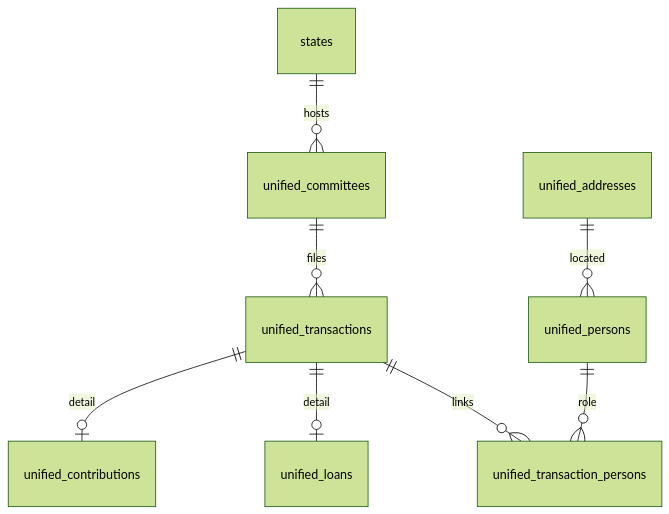
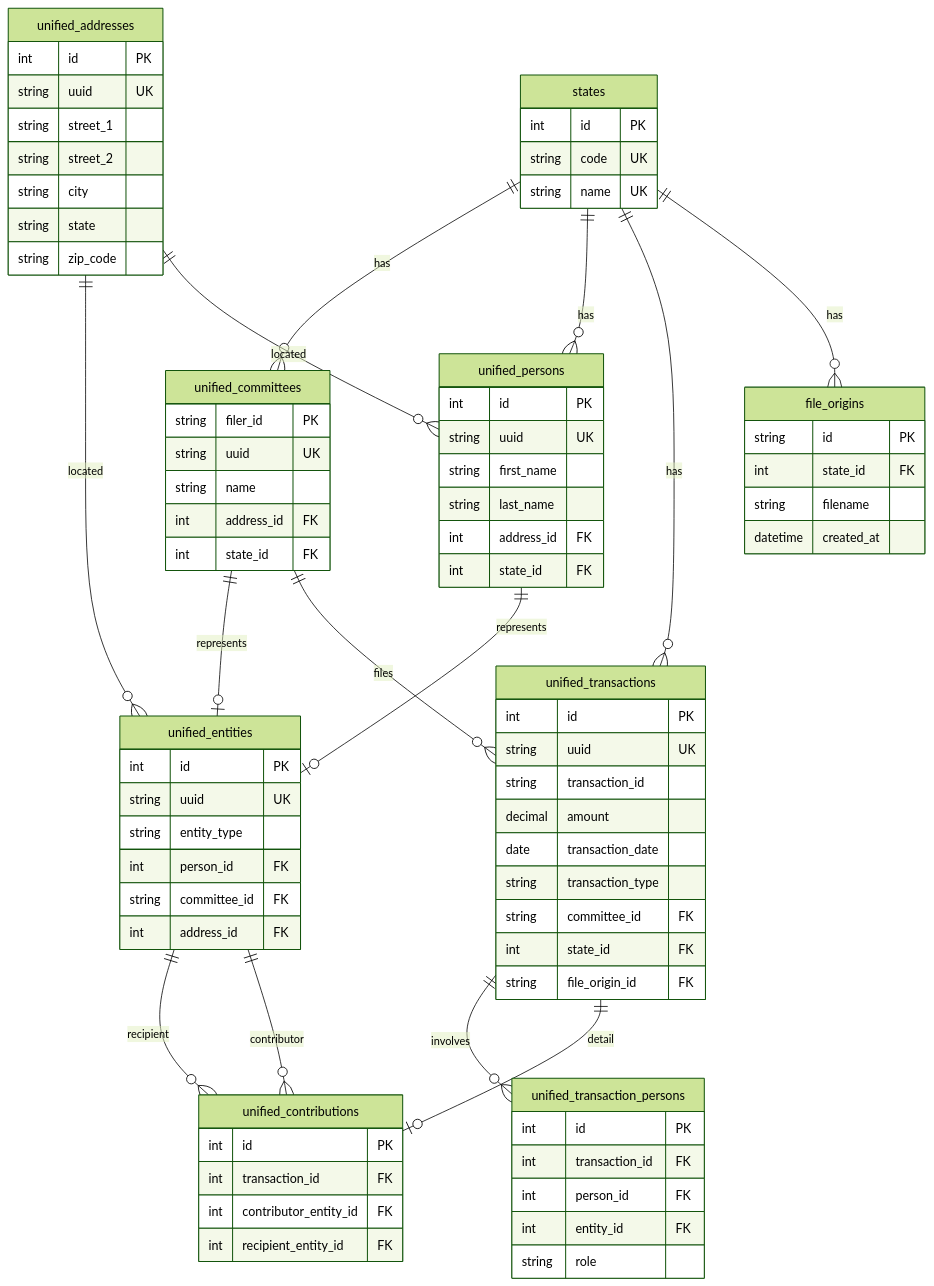
One commit to Abstract-Data/campaignfinance-2023 changed the second of 2 diagrams in docs/ARCHITECTURE-DIAGRAM.md. Above: the diagram before and after it, drawn with Mermaid (forest theme). The commit also changed other lines of this file and 7 other files, not shown here.

Commit message:
docs: complete architecture ERD and ADRs (TASK-5d)

````diff
--- a/docs/ARCHITECTURE-DIAGRAM.md
+++ b/docs/ARCHITECTURE-DIAGRAM.md
@@ -30,10 +95,92 @@
 ```mermaid
 erDiagram
-  states ||--o{ unified_committees : hosts
+  states {
+    int id PK
+    string code UK
+    string name UK
+  }
+
+  file_origins {
+    string id PK
+    int state_id FK
+    string filename
+    datetime created_at
+  }
+
+  unified_addresses {
+    int id PK
+    string uuid UK
+    string street_1
+    string street_2
+    string city
+    string state
+    string zip_code
+  }
+
+  unified_persons {
+    int id PK
+    string uuid UK
+    string first_name
+    string last_name
+    int address_id FK
+    int state_id FK
+  }
+
+  unified_committees {
+    string filer_id PK
+    string uuid UK
+    string name
+    int address_id FK
+    int state_id FK
+  }
+
+  unified_entities {
+    int id PK
+    string uuid UK
+    string entity_type
+    int person_id FK
+    string committee_id FK
+    int address_id FK
+  }
+
+  unified_transactions {
+    int id PK
+    string uuid UK
+    string transaction_id
+    decimal amount
+    date transaction_date
+    string transaction_type
+    string committee_id FK
+    int state_id FK
+    string file_origin_id FK
+  }
+
+  unified_contributions {
+    int id PK
+    int transaction_id FK
+    int contributor_entity_id FK
+    int recipient_entity_id FK
+  }
+
+  unified_transaction_persons {
+    int id PK
+    int transaction_id FK
+    int person_id FK
+    int entity_id FK
+    string role
+  }
+
+  states ||--o{ file_origins : has
+  states ||--o{ unified_transactions : has
+  states ||--o{ unified_persons : has
+  states ||--o{ unified_committees : has
+  unified_addresses ||--o{ unified_persons : located
+  unified_addresses ||--o{ unified_entities : located
   unified_committees ||--o{ unified_transactions : files
+  unified_persons ||--o| unified_entities : represents
+  unified_committees ||--o| unified_entities : represents
   unified_transactions ||--o| unified_contributions : detail
-  unified_transactions ||--o| unified_loans : detail
-  unified_persons ||--o{ unified_transaction_persons : role
-  unified_transactions ||--o{ unified_transaction_persons : links
-  unified_addresses ||--o{ unified_persons : located
+  unified_transactions ||--o{ unified_transaction_persons : involves
+  unified_entities ||--o{ unified_contributions : contributor
+  unified_entities ||--o{ unified_contributions : recipient
 ```
````
